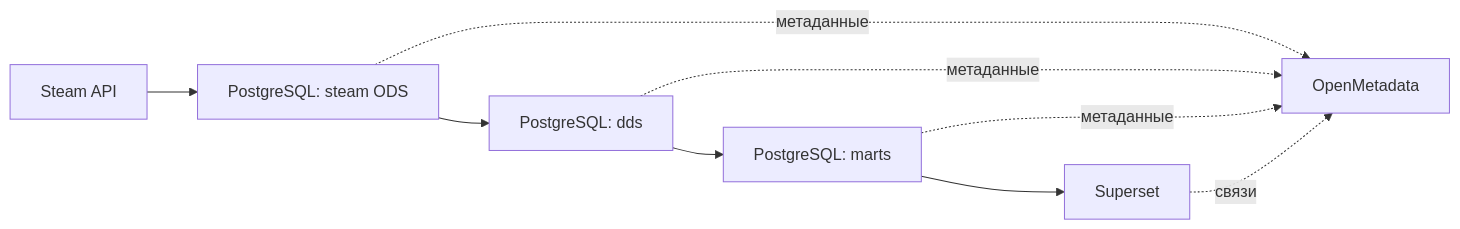
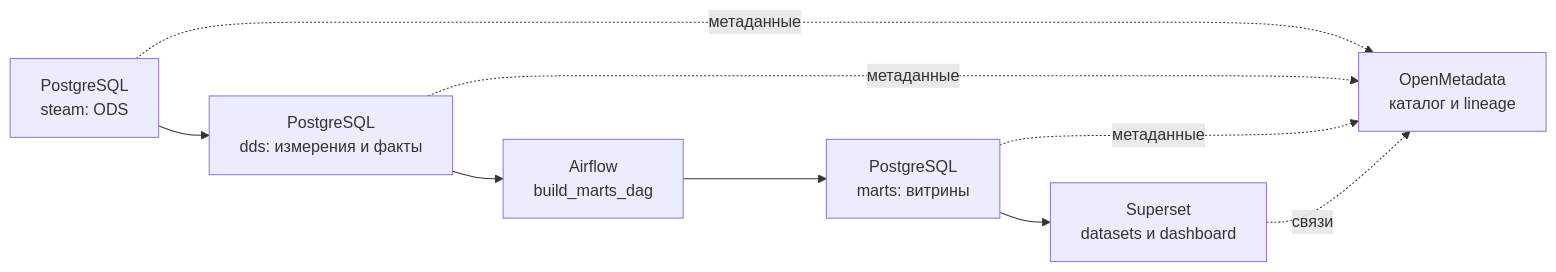
One commit to AndrewM0204/big_data_course changed the diagram in report3.md. Above: the diagram before and after it, drawn with Mermaid. The commit also changed other lines of this file, not shown here.

````diff
--- a/report3.md
+++ b/report3.md
@@ -9,11 +50,11 @@
 ```mermaid
 flowchart LR
-    API[Steam API] --> ODS[PostgreSQL: steam ODS]
-    ODS --> DDS[PostgreSQL: dds]
-    DDS --> M[PostgreSQL: marts]
-    M --> BI[Superset]
-    ODS -. метаданные .-> OM[OpenMetadata]
+    ODS["PostgreSQL<br/>steam: ODS"] --> DDS["PostgreSQL<br/>dds: измерения и факты"]
+    DDS --> DAG["Airflow<br/>build_marts_dag"]
+    DAG --> MARTS["PostgreSQL<br/>marts: витрины"]
+    MARTS --> BI["Superset<br/>datasets и dashboard"]
+    ODS -. метаданные .-> OM["OpenMetadata<br/>каталог и lineage"]
     DDS -. метаданные .-> OM
-    M -. метаданные .-> OM
+    MARTS -. метаданные .-> OM
     BI -. связи .-> OM
 ```
````
